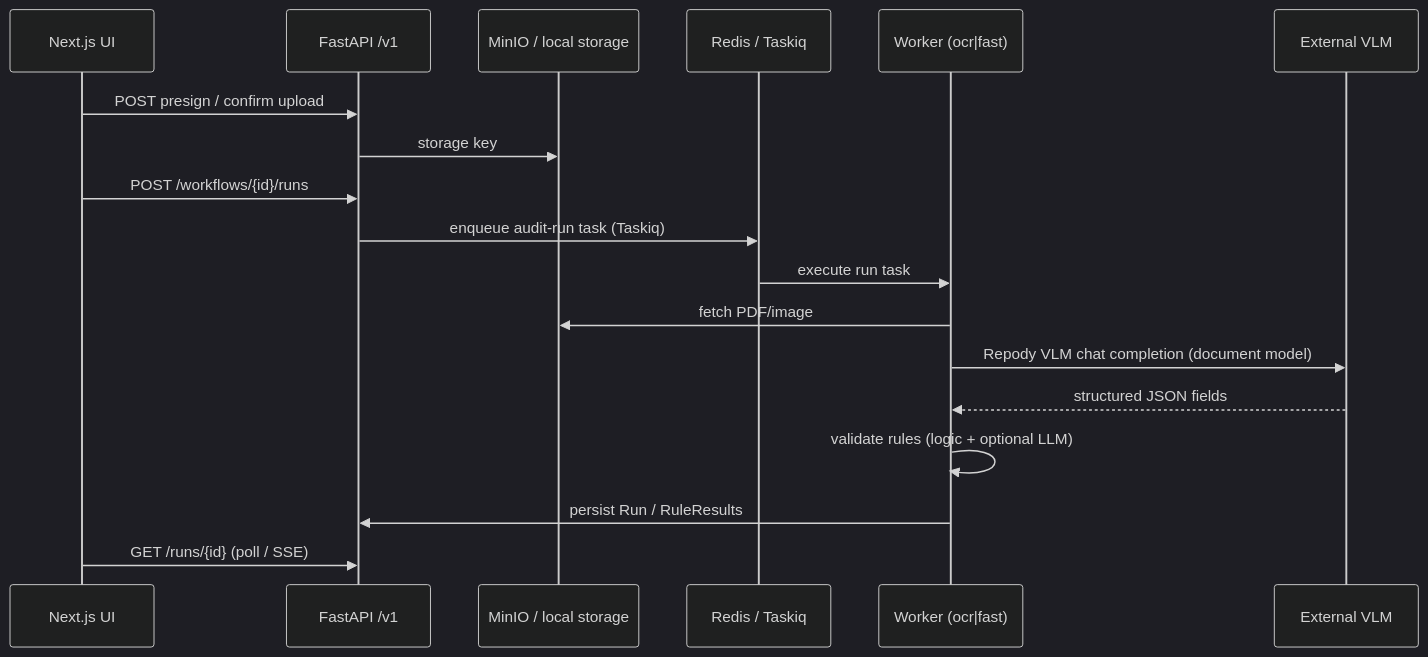
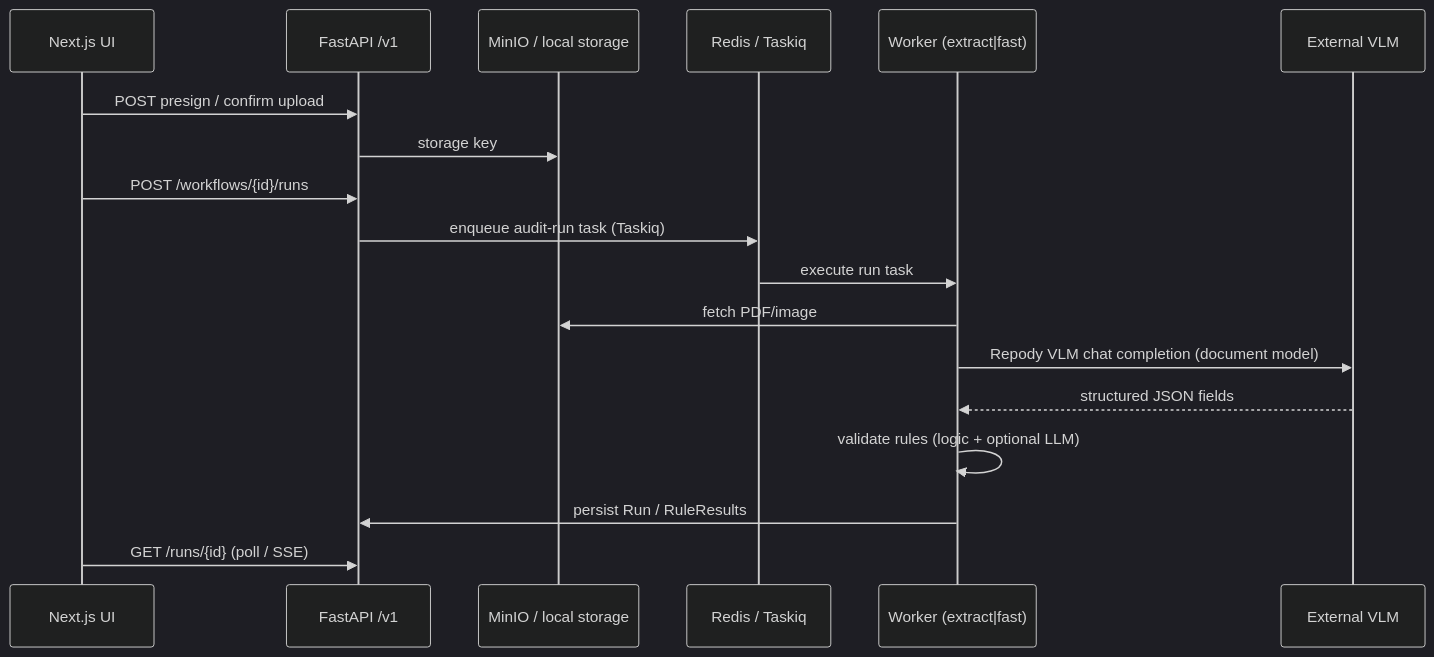
Before and after one commit to MehdiGououiad/repody: the diagram in CONTEXT.md, drawn with Mermaid (dark theme). The commit also changed other lines of this file and 281 other files, not shown here.

````diff
--- a/CONTEXT.md
+++ b/CONTEXT.md
@@ -31,21 +31,21 @@
 ```mermaid
 sequenceDiagram
   participant UI as Next.js UI
   participant API as FastAPI /v1
   participant Store as MinIO / local storage
   participant Q as Redis / Taskiq
-  participant W as Worker (ocr|fast)
+  participant W as Worker (extract|fast)
   participant Inf as External VLM
 
   UI->>API: POST presign / confirm upload
   API->>Store: storage key
   UI->>API: POST /workflows/{id}/runs
   API->>Q: enqueue audit-run task (Taskiq)
   Q->>W: execute run task
   W->>Store: fetch PDF/image
   W->>Inf: Repody VLM chat completion (document model)
   Inf-->>W: structured JSON fields
   W->>W: validate rules (logic + optional LLM)
   W->>API: persist Run / RuleResults
   UI->>API: GET /runs/{id} (poll / SSE)
 ```
````
